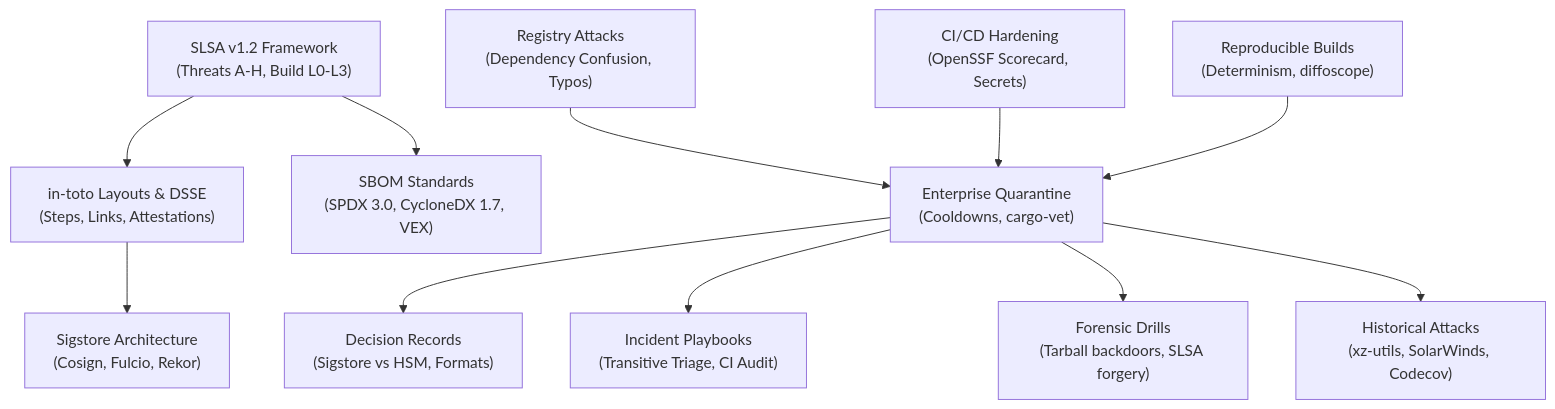
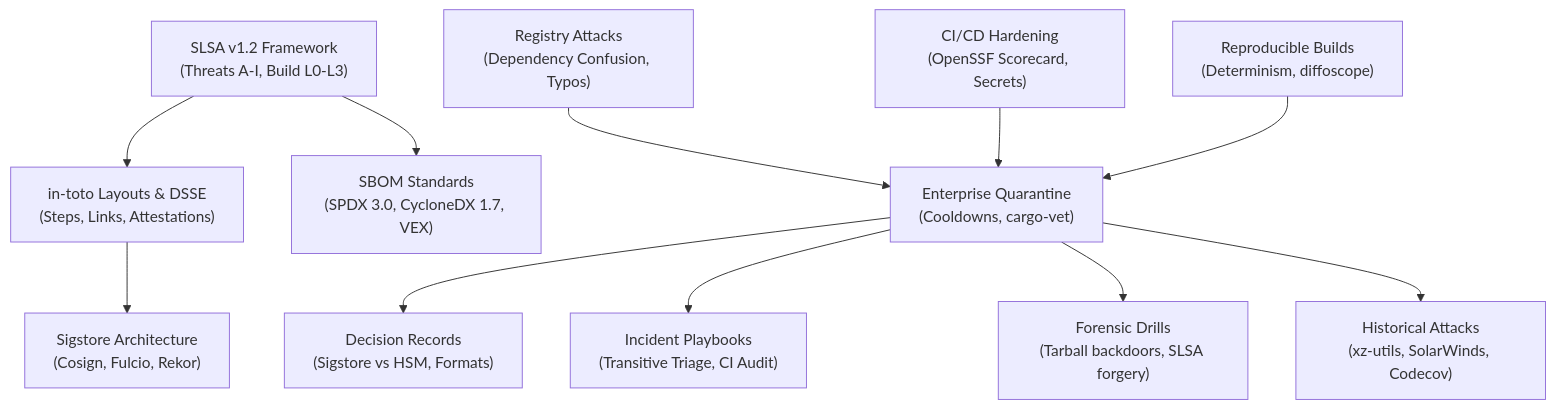
Before and after one commit to shreejitverma/SDE-Interview-Prep: the diagram in 18-Developer-Toolchain/08-Software-Supply-Chain/README.md, drawn with Mermaid. The commit also changed 20 other files, not shown here.

````diff
--- a/18-Developer-Toolchain/08-Software-Supply-Chain/README.md
+++ b/18-Developer-Toolchain/08-Software-Supply-Chain/README.md
@@ -17,15 +17,15 @@
 ```mermaid
 flowchart TD
-    SLSA["SLSA v1.2 Framework<br/>(Threats A-H, Build L0-L3)"] --> INTOTO["in-toto Layouts & DSSE<br/>(Steps, Links, Attestations)"]
+    SLSA["SLSA v1.2 Framework<br/>(Threats A-I, Build L0-L3)"] --> INTOTO["in-toto Layouts & DSSE<br/>(Steps, Links, Attestations)"]
     INTOTO --> SIG["Sigstore Architecture<br/>(Cosign, Fulcio, Rekor)"]
     SLSA --> SBOM["SBOM Standards<br/>(SPDX 3.0, CycloneDX 1.7, VEX)"]
     
     REG["Registry Attacks<br/>(Dependency Confusion, Typos)"] --> ENT["Enterprise Quarantine<br/>(Cooldowns, cargo-vet)"]
     CI["CI/CD Hardening<br/>(OpenSSF Scorecard, Secrets)"] --> ENT
     REPRO["Reproducible Builds<br/>(Determinism, diffoscope)"] --> ENT
     
     ENT --> ADR["Decision Records<br/>(Sigstore vs HSM, Formats)"]
     ENT --> PB["Incident Playbooks<br/>(Transitive Triage, CI Audit)"]
     ENT --> DRL["Forensic Drills<br/>(Tarball backdoors, SLSA forgery)"]
     ENT --> CS["Historical Attacks<br/>(xz-utils, SolarWinds, Codecov)"]
 ```
````
